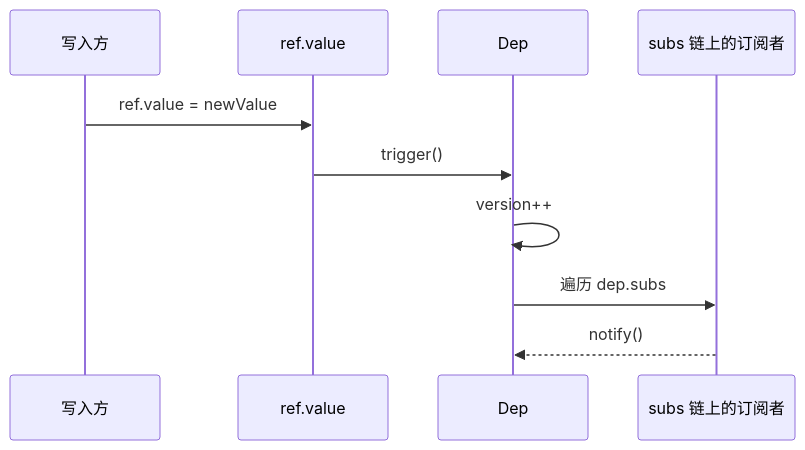
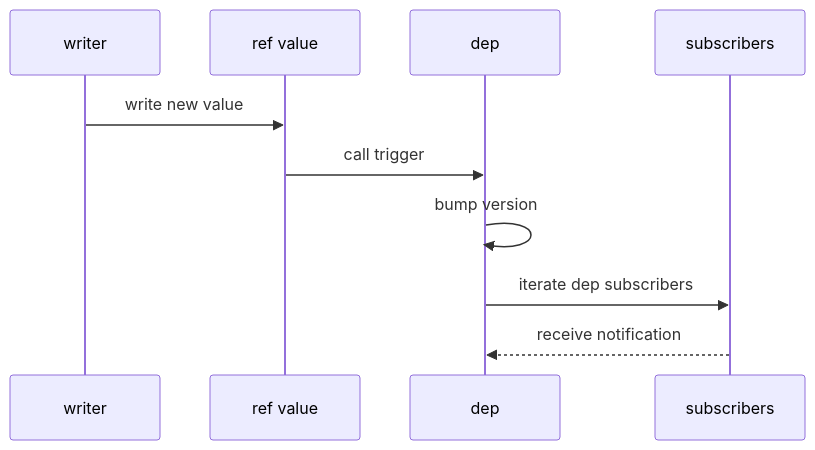
Before and after one commit to Tajigaqzh/front_basic: the eighth of 12 diagrams in docs/vue/source/reactivity/dep-link-explained.md, drawn with Mermaid. The commit also changed other lines of this file and 11 other files, not shown here.

````diff
--- a/docs/vue/source/reactivity/dep-link-explained.md
+++ b/docs/vue/source/reactivity/dep-link-explained.md
@@ -490,13 +490,13 @@
 ```mermaid
 sequenceDiagram
-    participant W as 写入方
-    participant R as ref.value
-    participant D as Dep
-    participant S as subs 链上的订阅者
+    participant W as writer
+    participant R as ref value
+    participant D as dep
+    participant S as subscribers
 
-    W->>R: ref.value = newValue
-    R->>D: trigger()
-    D->>D: version++
-    D->>S: 遍历 dep.subs
-    S-->>D: notify()
+    W->>R: write new value
+    R->>D: call trigger
+    D->>D: bump version
+    D->>S: iterate dep subscribers
+    S-->>D: receive notification
 ```
````
